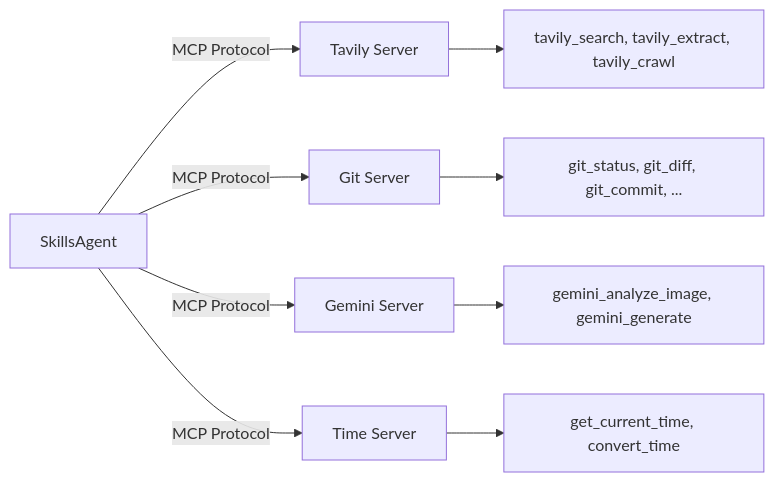
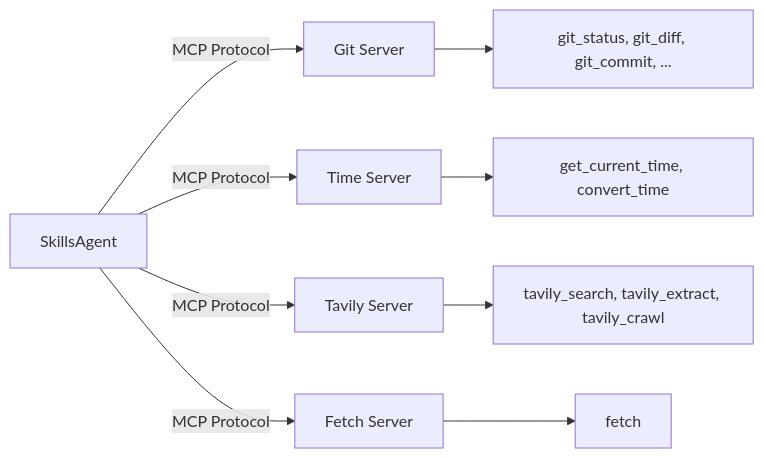
One commit to sunmu01/skill-compose changed the diagram in docs/docs/concepts/mcp.md. Above: the diagram before and after it, drawn with Mermaid. The commit also changed other lines of this file and 16 other files, not shown here.

````diff
--- a/docs/docs/concepts/mcp.md
+++ b/docs/docs/concepts/mcp.md
@@ -11,11 +11,11 @@
 ```mermaid
 graph LR
-    Agent[SkillsAgent] -->|MCP Protocol| Server1[Tavily Server]
-    Agent -->|MCP Protocol| Server2[Git Server]
-    Agent -->|MCP Protocol| Server3[Gemini Server]
-    Agent -->|MCP Protocol| Server4[Time Server]
-    Server1 --> S1T[tavily_search, tavily_extract, tavily_crawl]
-    Server2 --> S2T[git_status, git_diff, git_commit, ...]
-    Server3 --> S3T[gemini_analyze_image, gemini_generate]
-    Server4 --> S4T[get_current_time, convert_time]
+    Agent[SkillsAgent] -->|MCP Protocol| Server1[Git Server]
+    Agent -->|MCP Protocol| Server2[Time Server]
+    Agent -->|MCP Protocol| Server3[Tavily Server]
+    Agent -->|MCP Protocol| Server4[Fetch Server]
+    Server1 --> S1T[git_status, git_diff, git_commit, ...]
+    Server2 --> S2T[get_current_time, convert_time]
+    Server3 --> S3T[tavily_search, tavily_extract, tavily_crawl]
+    Server4 --> S4T[fetch]
 ```
````
